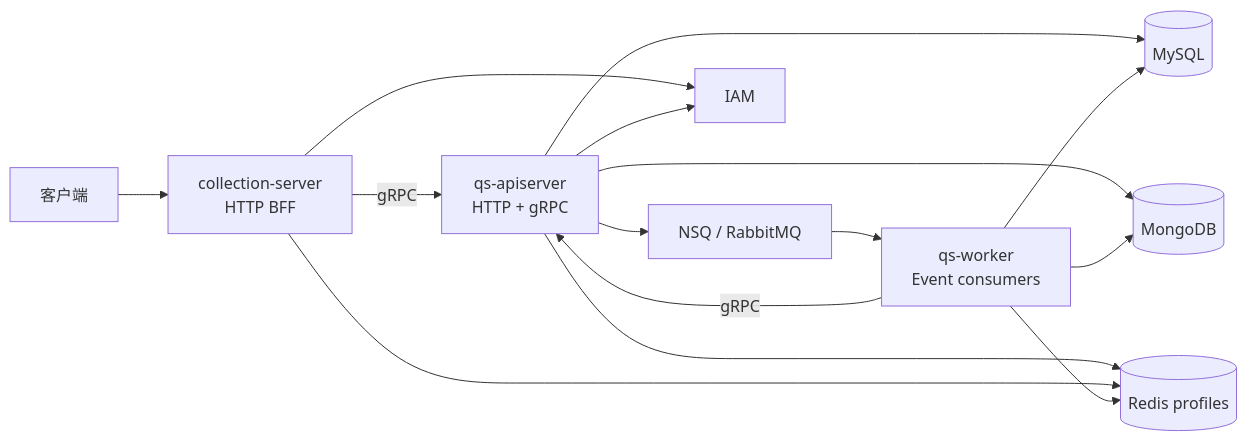
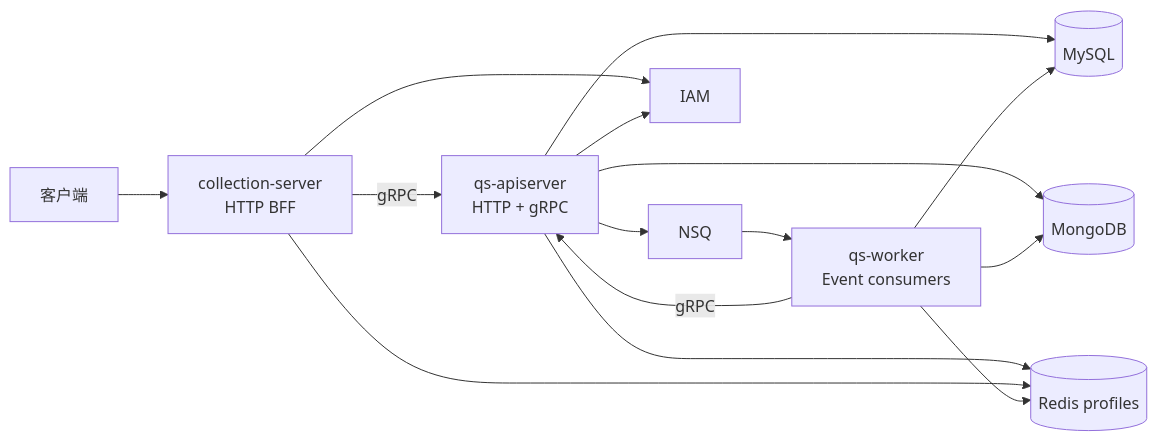
One commit to FangcunMount/qs-server changed the first of 2 diagrams in docs/03-基础设施/00-基础设施总览.md. Above: the diagram before and after it, drawn with Mermaid. The commit also changed 22 other files, not shown here.

````diff
--- a/docs/03-基础设施/00-基础设施总览.md
+++ b/docs/03-基础设施/00-基础设施总览.md
@@ -7,17 +7,17 @@
 ```mermaid
 flowchart LR
     Client["客户端"] --> Collection["collection-server<br/>HTTP BFF"]
     Collection -->|"gRPC"| API["qs-apiserver<br/>HTTP + gRPC"]
-    MQ["NSQ / RabbitMQ"] --> Worker["qs-worker<br/>Event consumers"]
+    MQ["NSQ"] --> Worker["qs-worker<br/>Event consumers"]
     Worker -->|"gRPC"| API
     API --> MySQL[("MySQL")]
     API --> Mongo[("MongoDB")]
     API --> Redis[("Redis profiles")]
     API --> MQ
     Collection --> Redis
     Collection --> IAM["IAM"]
     API --> IAM
     Worker --> Redis
     Worker --> Mongo
     Worker --> MySQL
 ```
````
